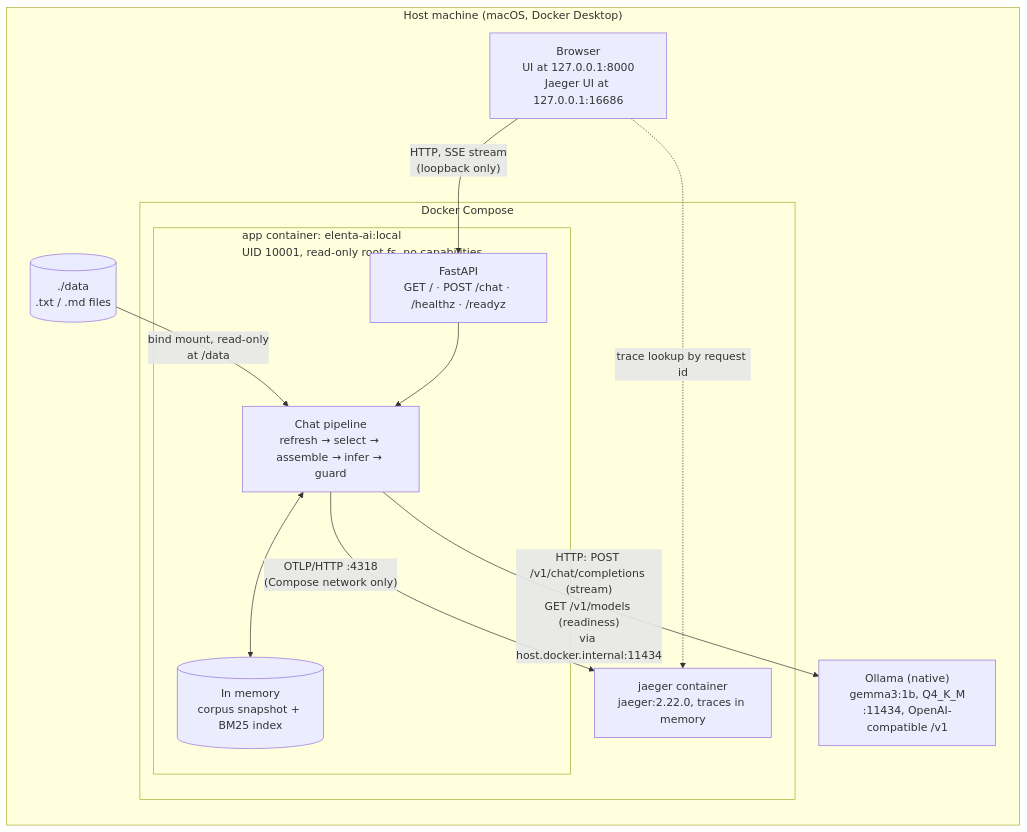
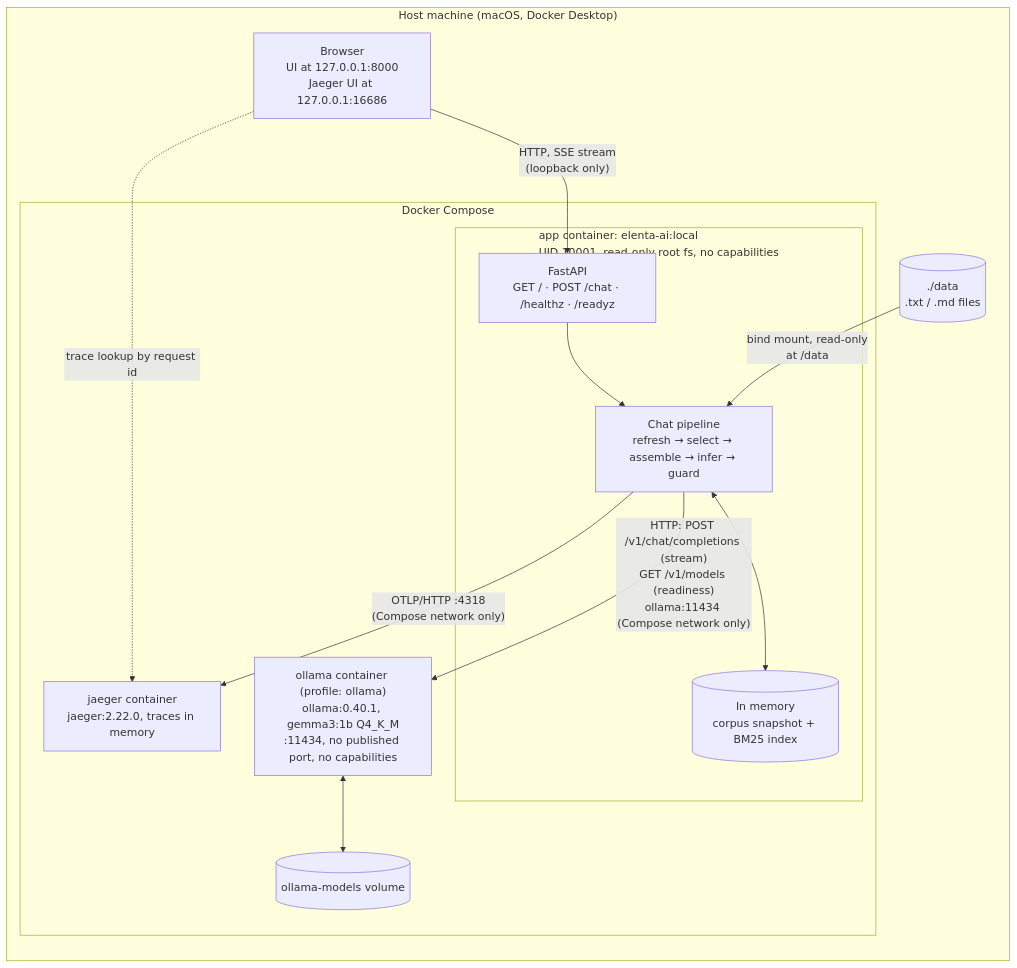
The diagram in docs/architecture.md (NarenderRajuB/elenta-ai), drawn with Mermaid before and after one commit. The commit also changed other lines of this file and 14 other files, not shown here.

First line of the commit message:
feat(compose): Ollama as a Compose service on Intel Macs via the ollama profile (REQ-011, ADR-020, TS-016)

````diff
--- a/docs/architecture.md
+++ b/docs/architecture.md
@@ -7,25 +7,27 @@
 ```mermaid
 flowchart LR
     subgraph host["Host machine (macOS, Docker Desktop)"]
         browser["Browser<br/>UI at 127.0.0.1:8000<br/>Jaeger UI at 127.0.0.1:16686"]
         data[("./data<br/>.txt / .md files")]
-        ollama["Ollama (native)<br/>gemma3:1b, Q4_K_M<br/>:11434, OpenAI-compatible /v1"]
 
         subgraph compose["Docker Compose"]
             subgraph app["app container: elenta-ai:local<br/>UID 10001, read-only root fs, no capabilities"]
                 api["FastAPI<br/>GET / · POST /chat · /healthz · /readyz"]
                 pipeline["Chat pipeline<br/>refresh → select → assemble → infer → guard"]
                 mem[("In memory<br/>corpus snapshot + BM25 index")]
             end
             jaeger["jaeger container<br/>jaeger:2.22.0, traces in memory"]
+            ollama["ollama container (profile: ollama)<br/>ollama:0.40.1, gemma3:1b Q4_K_M<br/>:11434, no published port, no capabilities"]
+            models[("ollama-models volume")]
         end
     end
 
     browser -- "HTTP, SSE stream<br/>(loopback only)" --> api
     api --> pipeline
     pipeline <--> mem
     data -- "bind mount, read-only<br/>at /data" --> pipeline
-    pipeline -- "HTTP: POST /v1/chat/completions (stream)<br/>GET /v1/models (readiness)<br/>via host.docker.internal:11434" --> ollama
+    pipeline -- "HTTP: POST /v1/chat/completions (stream)<br/>GET /v1/models (readiness)<br/>ollama:11434 (Compose network only)" --> ollama
+    ollama <--> models
     pipeline -- "OTLP/HTTP :4318<br/>(Compose network only)" --> jaeger
     browser -. "trace lookup by request id" .-> jaeger
 ```
````
